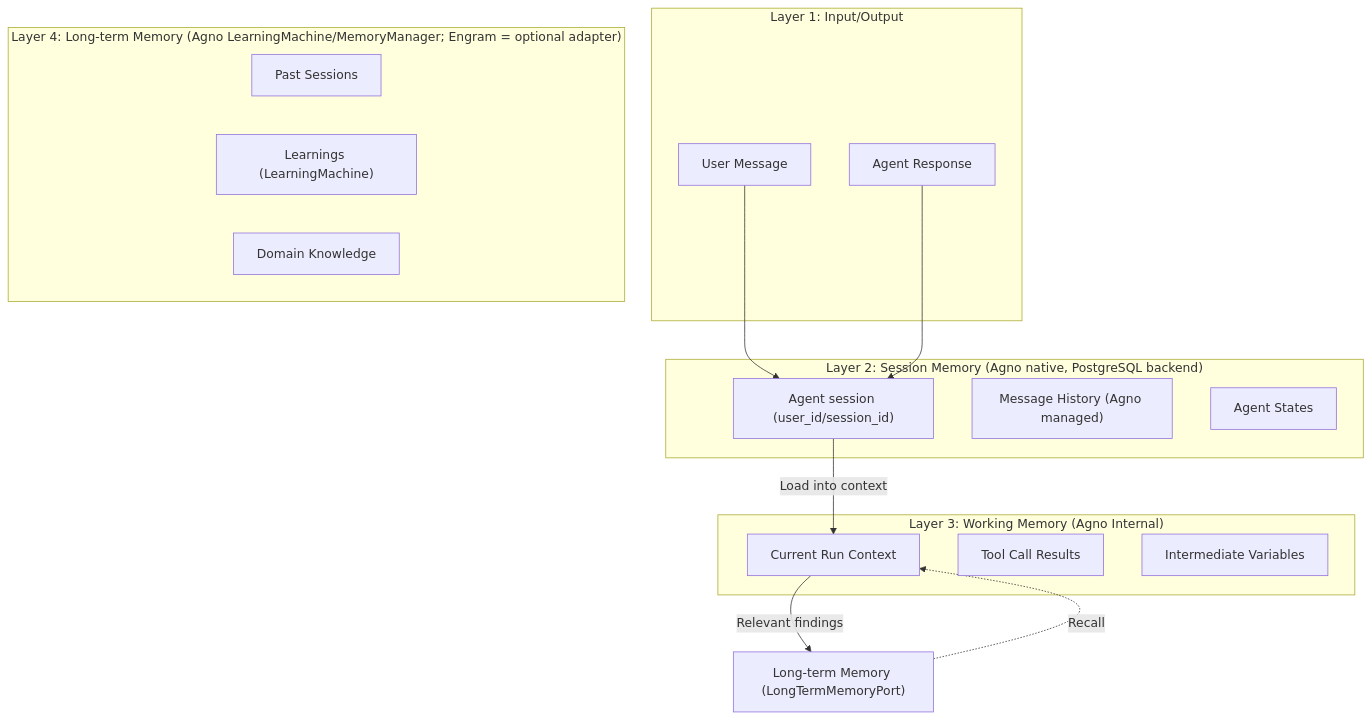
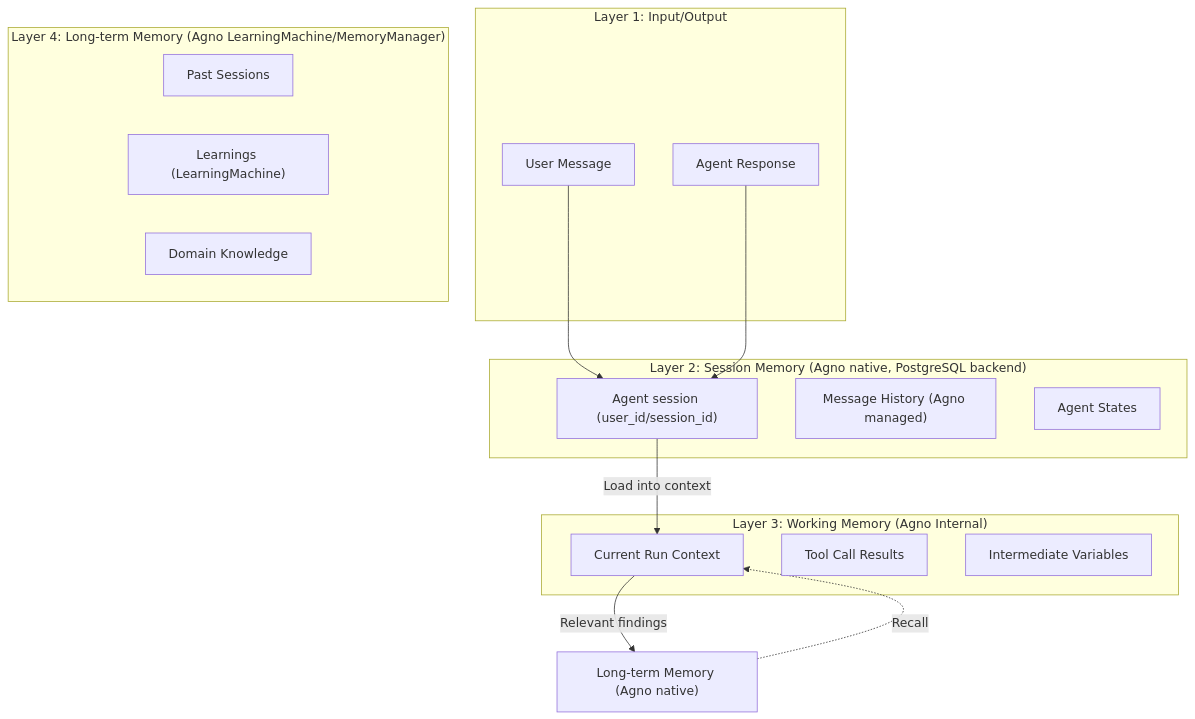
The diagram in specs/SPEC_04_MEMORY_ARCHITECTURE.md (CENFARG/yaml-agno), drawn with Mermaid before and after one commit. The commit also changed other lines of this file and 4 other files, not shown here.

````diff
--- a/specs/SPEC_04_MEMORY_ARCHITECTURE.md
+++ b/specs/SPEC_04_MEMORY_ARCHITECTURE.md
@@ -26,31 +26,31 @@
 ```mermaid
 graph TB
     subgraph L1 ["Layer 1: Input/Output"]
         UM["User Message"]
         AR["Agent Response"]
     end
 
     subgraph L2 ["Layer 2: Session Memory (Agno native, PostgreSQL backend)"]
         SC["Agent session (user_id/session_id)"]
         MH["Message History (Agno managed)"]
         AST["Agent States"]
     end
 
     subgraph L3 ["Layer 3: Working Memory (Agno Internal)"]
         CRC["Current Run Context"]
         TCR["Tool Call Results"]
         IV["Intermediate Variables"]
     end
 
-    subgraph L4 ["Layer 4: Long-term Memory (Agno LearningMachine/MemoryManager; Engram = optional adapter)"]
+    subgraph L4 ["Layer 4: Long-term Memory (Agno LearningMachine/MemoryManager)"]
         PS["Past Sessions"]
         LRN["Learnings (LearningMachine)"]
         DK["Domain Knowledge"]
     end
 
     UM --> SC
     AR --> SC
     SC --> |Load into context| CRC
-    CRC --> |Relevant findings| LTM["Long-term Memory (LongTermMemoryPort)"]
+    CRC --> |Relevant findings| LTM["Long-term Memory (Agno native)"]
     LTM -.-> |Recall| CRC
 ```
````
